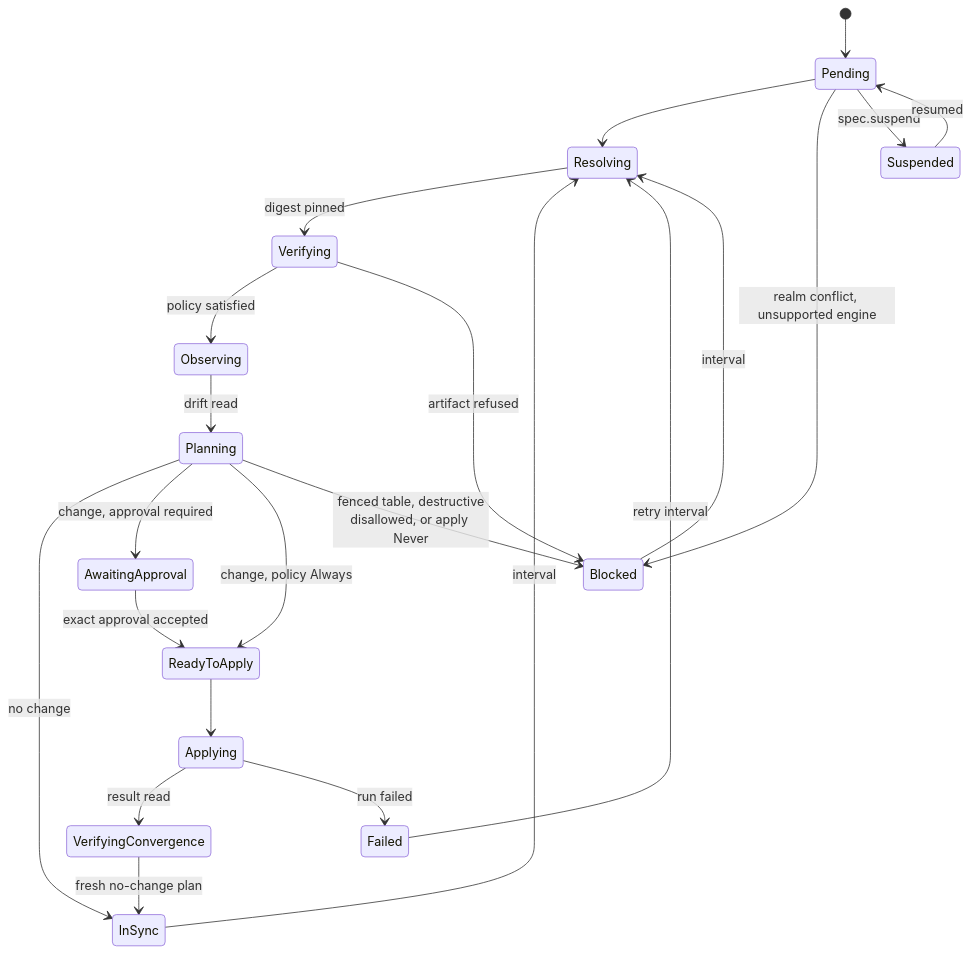
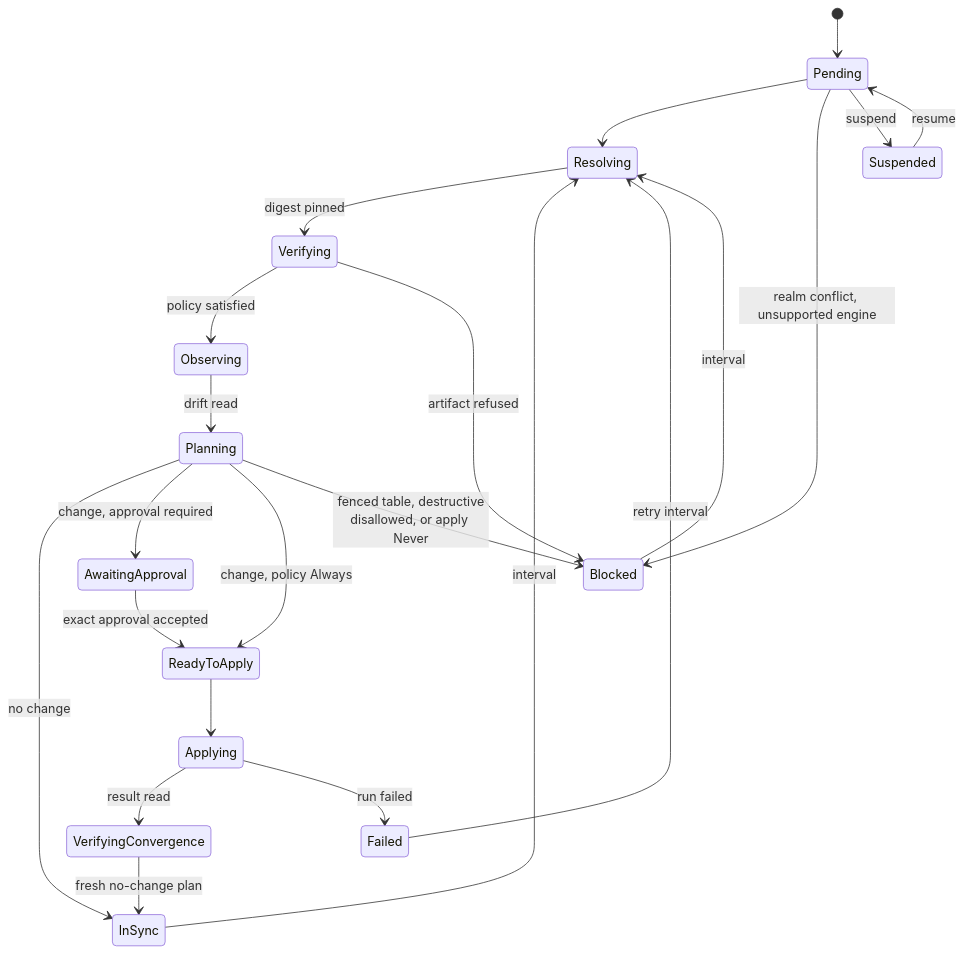
One commit to stokaro/ptah-operator changed the second of 5 diagrams in docs/site/src/content/docs/reference/architecture.md. Above: the diagram before and after it, drawn with Mermaid. The commit also changed other lines of this file and 1 other file, not shown here.

````diff
--- a/docs/site/src/content/docs/reference/architecture.md
+++ b/docs/site/src/content/docs/reference/architecture.md
@@ -132,24 +132,24 @@
 ```mermaid
 stateDiagram-v2
   [*] --> Pending
   Pending --> Resolving
   Resolving --> Verifying: digest pinned
   Verifying --> Observing: policy satisfied
   Observing --> Planning: drift read
   Planning --> InSync: no change
   Planning --> AwaitingApproval: change, approval required
   Planning --> ReadyToApply: change, policy Always
   AwaitingApproval --> ReadyToApply: exact approval accepted
   ReadyToApply --> Applying
   Applying --> VerifyingConvergence: result read
   VerifyingConvergence --> InSync: fresh no-change plan
   InSync --> Resolving: interval
   Blocked --> Resolving: interval
   Verifying --> Blocked: artifact refused
   Planning --> Blocked: fenced table, destructive<br/>disallowed, or apply Never
   Pending --> Blocked: realm conflict, unsupported engine
   Applying --> Failed: run failed
   Failed --> Resolving: retry interval
-  Pending --> Suspended: spec.suspend
-  Suspended --> Pending: resumed
+  Pending --> Suspended: suspend
+  Suspended --> Pending: resume
 ```
````
